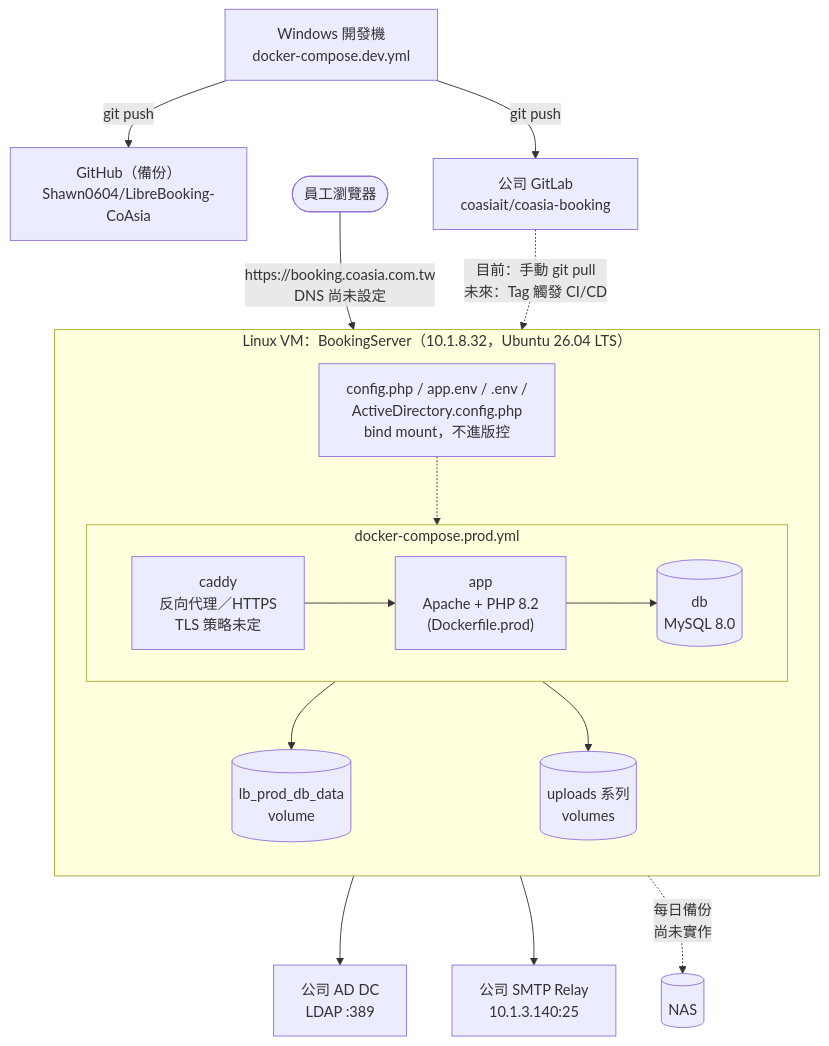
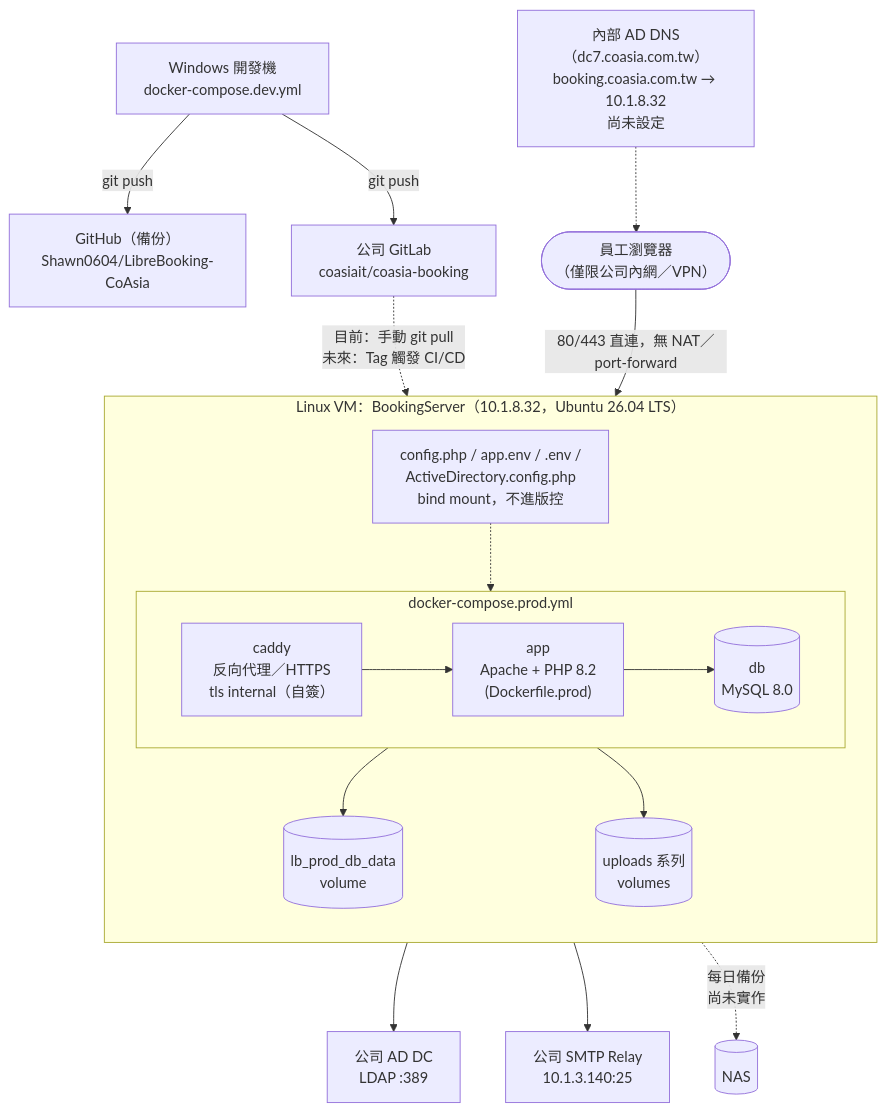
Before and after one commit to Shawn0604/LibreBooking-CoAsia: the diagram in COASIA-DEPLOYMENT.md, drawn with Mermaid. The commit also changed other lines of this file and 3 other files, not shown here.

````diff
--- a/COASIA-DEPLOYMENT.md
+++ b/COASIA-DEPLOYMENT.md
@@ -31,34 +34,35 @@
 ```mermaid
 flowchart TD
     Dev["Windows 開發機<br/>docker-compose.dev.yml"]
     GH["GitHub（備份）<br/>Shawn0604/LibreBooking-CoAsia"]
     GL["公司 GitLab<br/>coasiait/coasia-booking"]
-    User(["員工瀏覽器"])
+    User(["員工瀏覽器<br/>（僅限公司內網／VPN）"])
 
     Dev -->|git push| GH
     Dev -->|git push| GL
     GL -.->|"目前：手動 git pull<br/>未來：Tag 觸發 CI/CD"| VM
 
     subgraph VM["Linux VM：BookingServer（10.1.8.32，Ubuntu 26.04 LTS）"]
         direction TB
         subgraph Compose["docker-compose.prod.yml"]
             direction LR
-            Caddy["caddy<br/>反向代理／HTTPS<br/>TLS 策略未定"]
+            Caddy["caddy<br/>反向代理／HTTPS<br/>tls internal（自簽）"]
             App["app<br/>Apache + PHP 8.2<br/>(Dockerfile.prod)"]
             DB[("db<br/>MySQL 8.0")]
             Caddy --> App --> DB
         end
         DBVol[("lb_prod_db_data<br/>volume")]
         UploadVol[("uploads 系列<br/>volumes")]
         Secrets["config.php / app.env / .env /<br/>ActiveDirectory.config.php<br/>bind mount，不進版控"]
         DB --> DBVol
         App --> UploadVol
         Secrets -.-> App
     end
 
-    User -->|"https://booking.coasia.com.tw<br/>DNS 尚未設定"| Caddy
+    DNS["內部 AD DNS（dc7.coasia.com.tw）<br/>booking.coasia.com.tw → 10.1.8.32<br/>尚未設定"] -.-> User
+    User -->|"80/443 直連，無 NAT／port-forward"| Caddy
 
     App --> DC["公司 AD DC<br/>LDAP :389"]
     App --> SMTP["公司 SMTP Relay<br/>10.1.3.140:25"]
     DBVol -.->|"每日備份<br/>尚未實作"| NAS[("NAS")]
 ```
````
